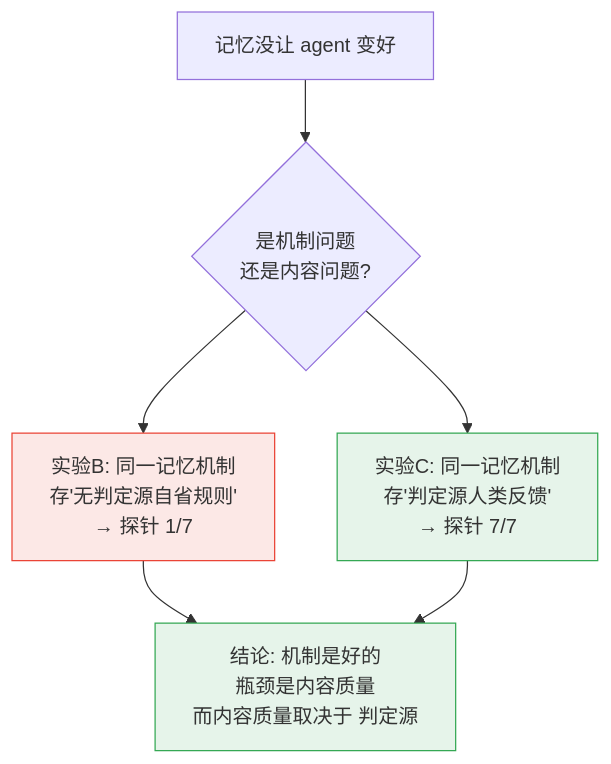
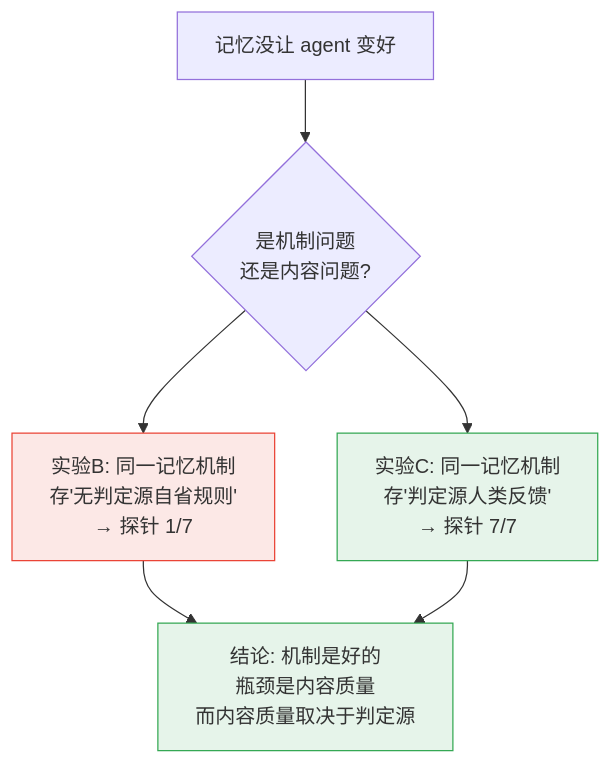
One commit to dashjim/agentcore-memory-loop changed the second of 2 diagrams in docs/记忆能让Agent越跑越好吗.md. Above: the diagram before and after it, drawn with Mermaid. The commit also changed other lines of this file and 1 other file, not shown here.

First line of the commit message:
docs(PPT): slide4 改为不剧透路线图(修衔接突兀) + slide12 放入实验A带真实示例的提示词

````diff
--- a/docs/记忆能让Agent越跑越好吗.md
+++ b/docs/记忆能让Agent越跑越好吗.md
@@ -159,11 +159,11 @@
 ```mermaid
 flowchart TD
   Q["记忆没让 agent 变好"] --> A{"是机制问题<br/>还是内容问题?"}
   A --> B["实验B: 同一记忆机制<br/>存'无判定源自省规则'<br/>→ 探针 1/7"]
   A --> C["实验C: 同一记忆机制<br/>存'判定源人类反馈'<br/>→ 探针 7/7"]
-  B --> R["结论: 机制是好的<br/>瓶颈是内容质量<br/>而内容质量取决于 判定源"]
+  B --> R["结论: 机制是好的<br/>瓶颈是内容质量<br/>而内容质量取决于判定源"]
   C --> R
   classDef good fill:#e6f4ea,stroke:#34a853;
   classDef bad fill:#fce8e6,stroke:#ea4335;
   class C,R good; class B bad;
 ```
````
